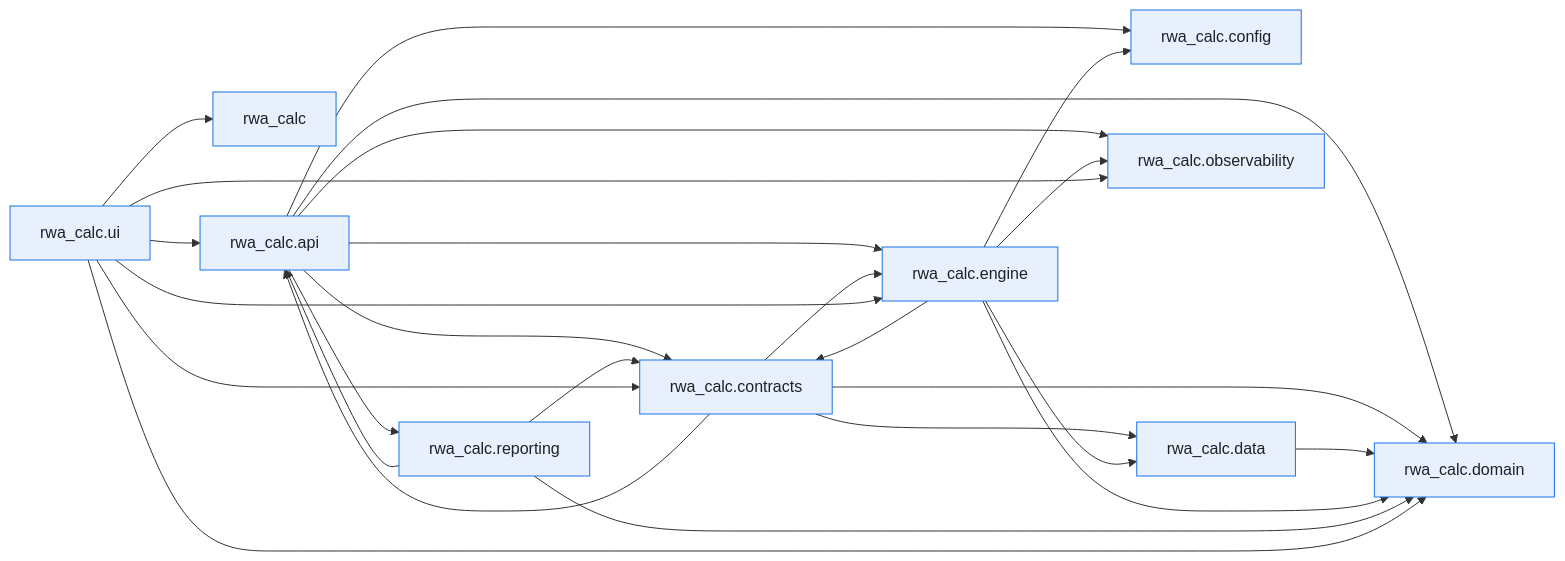
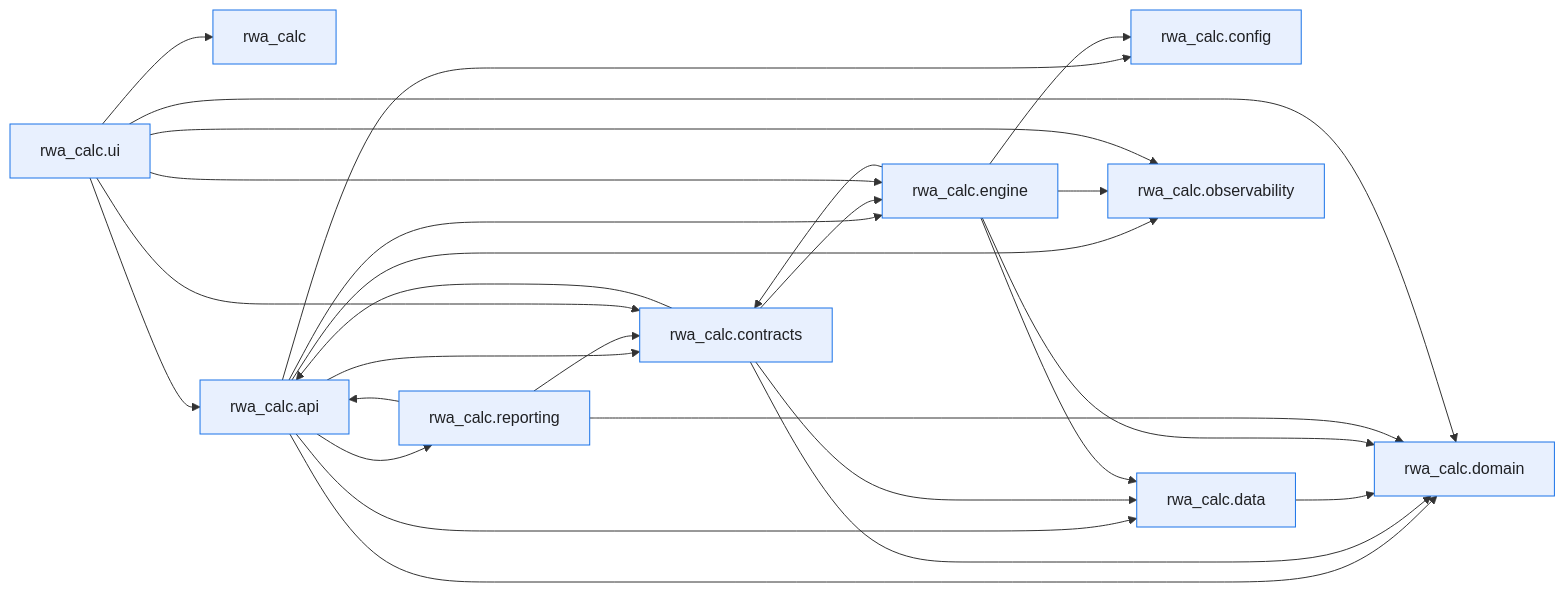
One commit to OpenAfterHours/rwa_calculator changed the first of 2 diagrams in docs/development/module-dependencies.md. Above: the diagram before and after it, drawn with Mermaid. The commit also changed other lines of this file and 7 other files, not shown here.

````diff
--- a/docs/development/module-dependencies.md
+++ b/docs/development/module-dependencies.md
@@ -27,40 +27,41 @@
 ```mermaid
 flowchart LR
     p0["rwa_calc"]
     p1["rwa_calc.api"]
     p2["rwa_calc.config"]
     p3["rwa_calc.contracts"]
     p4["rwa_calc.data"]
     p5["rwa_calc.domain"]
     p6["rwa_calc.engine"]
     p7["rwa_calc.observability"]
     p8["rwa_calc.reporting"]
     p9["rwa_calc.ui"]
     p1 --> p2
     p1 --> p3
+    p1 --> p4
     p1 --> p5
     p1 --> p6
     p1 --> p7
     p1 --> p8
     p3 --> p1
     p3 --> p4
     p3 --> p5
     p3 --> p6
     p4 --> p5
     p6 --> p2
     p6 --> p3
     p6 --> p4
     p6 --> p5
     p6 --> p7
     p8 --> p1
     p8 --> p3
     p8 --> p5
     p9 --> p0
     p9 --> p1
     p9 --> p3
     p9 --> p5
     p9 --> p6
     p9 --> p7
     classDef first_party fill:#e8f0fe,stroke:#1a73e8,color:#202124
     class p0,p1,p2,p3,p4,p5,p6,p7,p8,p9 first_party
 ```
````
